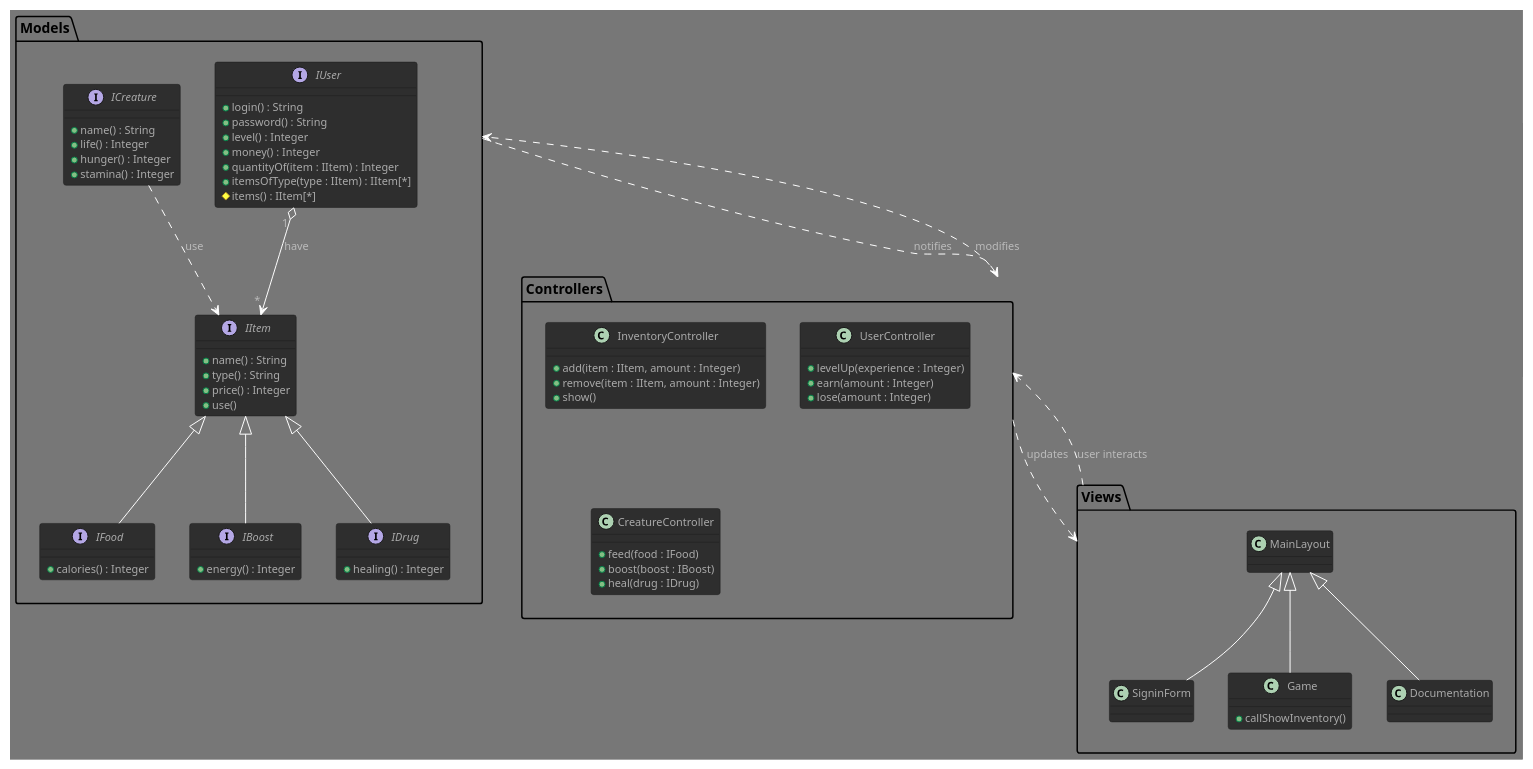
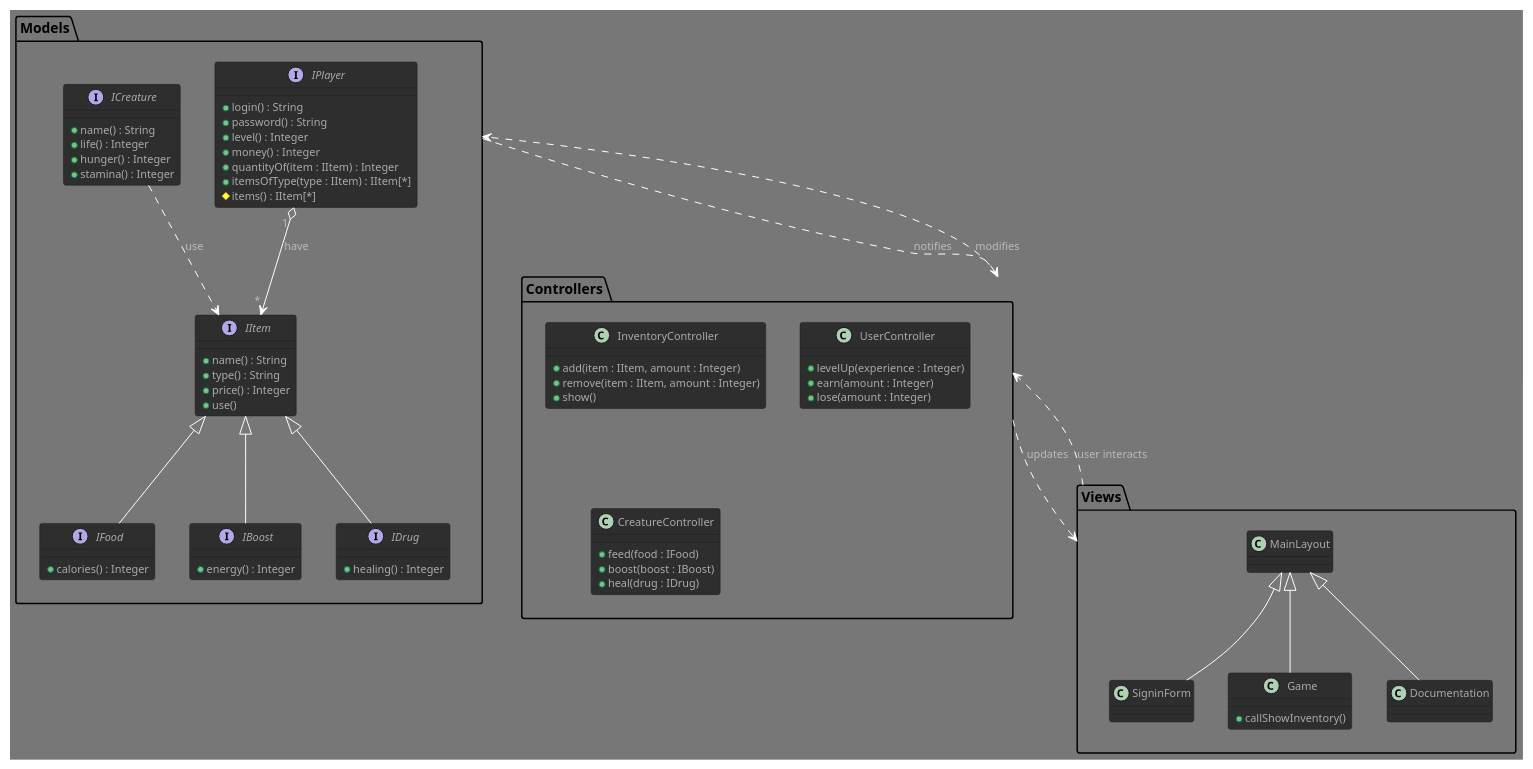
One commit to GlazKrovi/VirtualNoe changed the diagram in VirtualNoe.puml. Above: the diagram before and after it, drawn with PlantUML. The commit also changed 2 other files, not shown here.

Commit message:
add iplayer

```diff
--- a/VirtualNoe.puml
+++ b/VirtualNoe.puml
@@ -1,100 +1,100 @@
 @startuml VirtualNoe
 
 !theme reddress-darkgreen
 
 package Models
 {
-    interface IUser
+    interface IPlayer
     {
         + login() : String
         + password() : String
         + level() : Integer
         + money() : Integer
         + quantityOf(item : IItem) : Integer
         + itemsOfType(type : IItem) : IItem[*]
         # items() : IItem[*]
     }
 
     interface IItem
     {
         + name() : String
         + type() : String
         + price() : Integer
         + use()
     }
 
     interface IFood implements IItem
     {
         /' number of points added to hunger gauge '/
         + calories() : Integer  
     }
 
     interface IBoost implements IItem
     {
         /' number of points added to stamina gauge '/
         + energy() : Integer
     }
 
     interface IDrug implements IItem
     {
         /' number of points added to life gauge '/
         + healing() : Integer
     }
 
     interface ICreature 
     { 
         + name() : String
         + life() : Integer
         + hunger() : Integer
         + stamina() : Integer
     }
 }
 
 package Controllers 
 { 
     class InventoryController
     {
         + add(item : IItem, amount : Integer) 
         + remove(item : IItem, amount : Integer)
         + show()
     }
 
     class UserController
     {
         /' Authentication system managed by laravel'/
         + levelUp(experience : Integer)
         + earn(amount : Integer) /' money '/
         + lose(amount : Integer) /' money '/
     }
 
     class CreatureController
     {
         + feed(food : IFood)
         + boost(boost : IBoost)
         + heal(drug : IDrug)
     }
 }
 
 package Views 
 { 
     class MainLayout
     class SigninForm extends MainLayout   /' home, index '/
     class Game extends MainLayout   /' main game window '/
     {
         + callShowInventory()
     }
     class Documentation extends MainLayout   /' tutorial, etc. '/
 }
 
 /' RELATIONS '/
-IUser" 1 " o--> " * "IItem : have
+IPlayer" 1 " o--> " * "IItem : have
 ICreature ..> IItem : use               /' TODO - not sure '/
 
 
 /' MVC '/
 Controllers ..> Models : modifies
 Controllers ..> Views : updates
 Views ..> Controllers : user interacts
 Models ..> Controllers : notifies 
 
 @enduml
```
